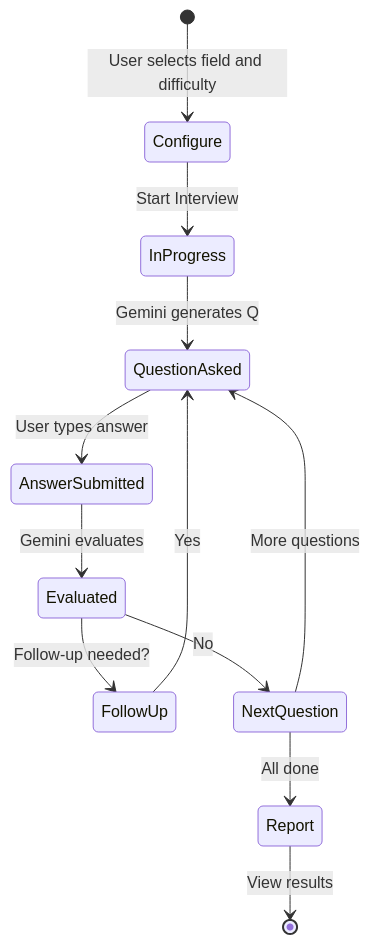
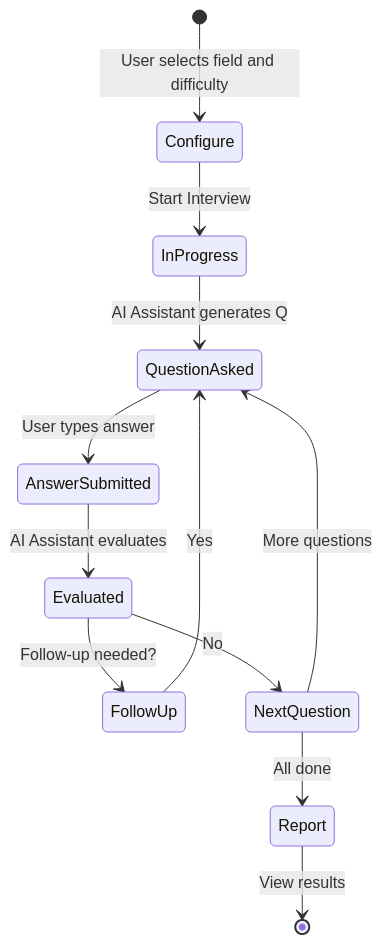
Before and after one commit to dyajaballh8/CareerPilot-AI: the seventh of 10 diagrams in docs/CareerPilot_AI_Plan.md, drawn with Mermaid. The commit also changed other lines of this file and 24 other files, not shown here.

````diff
--- a/docs/CareerPilot_AI_Plan.md
+++ b/docs/CareerPilot_AI_Plan.md
@@ -355,14 +355,14 @@
 ```mermaid
 stateDiagram-v2
     [*] --> Configure: User selects field and difficulty
     Configure --> InProgress: Start Interview
-    InProgress --> QuestionAsked: Gemini generates Q
+    InProgress --> QuestionAsked: AI Assistant generates Q
     QuestionAsked --> AnswerSubmitted: User types answer
-    AnswerSubmitted --> Evaluated: Gemini evaluates
+    AnswerSubmitted --> Evaluated: AI Assistant evaluates
     Evaluated --> FollowUp: Follow-up needed?
     FollowUp --> QuestionAsked: Yes
     Evaluated --> NextQuestion: No
     NextQuestion --> QuestionAsked: More questions
     NextQuestion --> Report: All done
     Report --> [*]: View results
 ```
````
